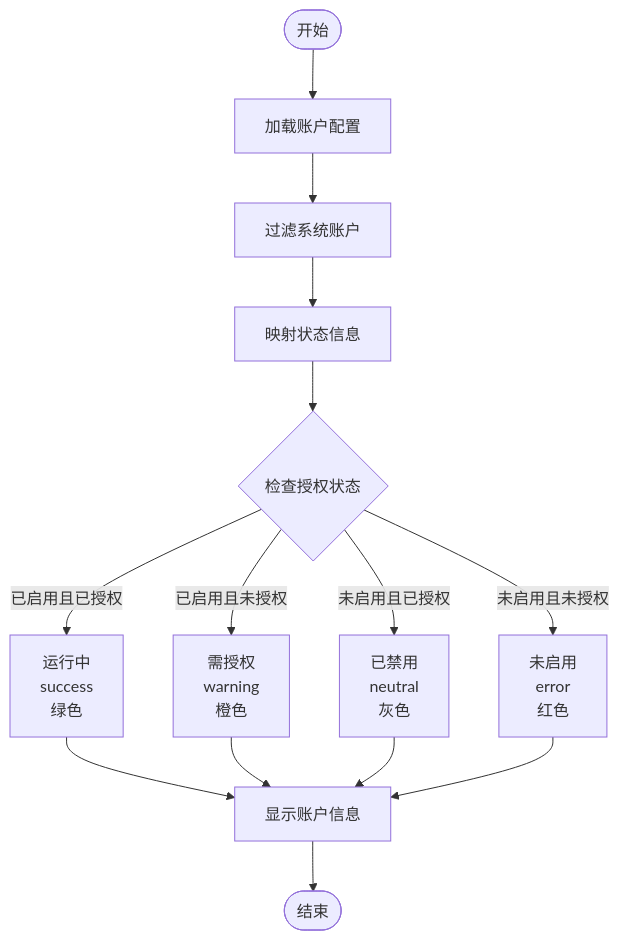
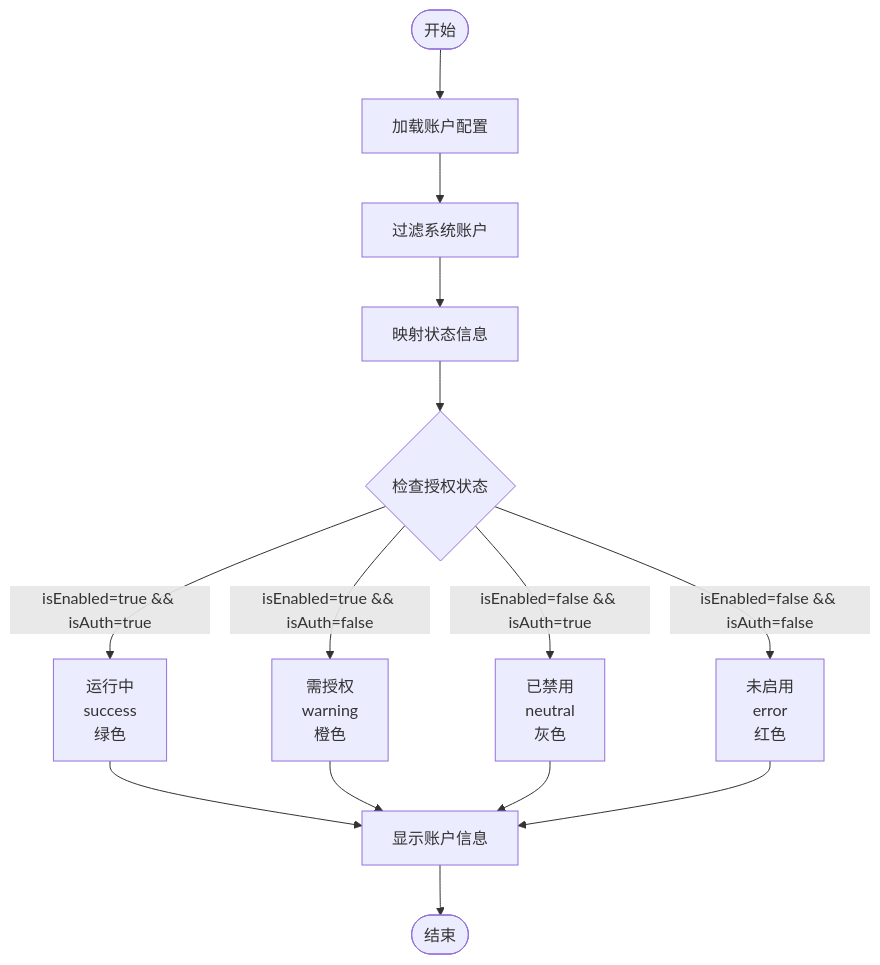
One commit to terwer/siyuan-plugin-publisher changed the third of 17 diagrams in .qoder/repowiki/zh/content/V2 Settings Composable.md. Above: the diagram before and after it, drawn with Mermaid. The commit also changed other lines of this file and 19 other files, not shown here.

````diff
--- a/.qoder/repowiki/zh/content/V2 Settings Composable.md
+++ b/.qoder/repowiki/zh/content/V2 Settings Composable.md
@@ -150,16 +185,16 @@
 ```mermaid
 flowchart TD
 Start([开始]) --> Load[加载账户配置]
 Load --> Filter[过滤系统账户]
 Filter --> Map[映射状态信息]
 Map --> CheckAuth{检查授权状态}
-CheckAuth --> |已启用且已授权| Success[运行中<br/>success<br/>绿色]
-CheckAuth --> |已启用且未授权| Warning[需授权<br/>warning<br/>橙色]
-CheckAuth --> |未启用且已授权| Neutral[已禁用<br/>neutral<br/>灰色]
-CheckAuth --> |未启用且未授权| Error[未启用<br/>error<br/>红色]
+CheckAuth --> |isEnabled=true && isAuth=true| Success[运行中<br/>success<br/>绿色]
+CheckAuth --> |isEnabled=true && isAuth=false| Warning[需授权<br/>warning<br/>橙色]
+CheckAuth --> |isEnabled=false && isAuth=true| Neutral[已禁用<br/>neutral<br/>灰色]
+CheckAuth --> |isEnabled=false && isAuth=false| Error[未启用<br/>error<br/>红色]
 Success --> Display[显示账户信息]
 Warning --> Display
 Neutral --> Display
 Error --> Display
 Display --> End([结束])
 ```
````
